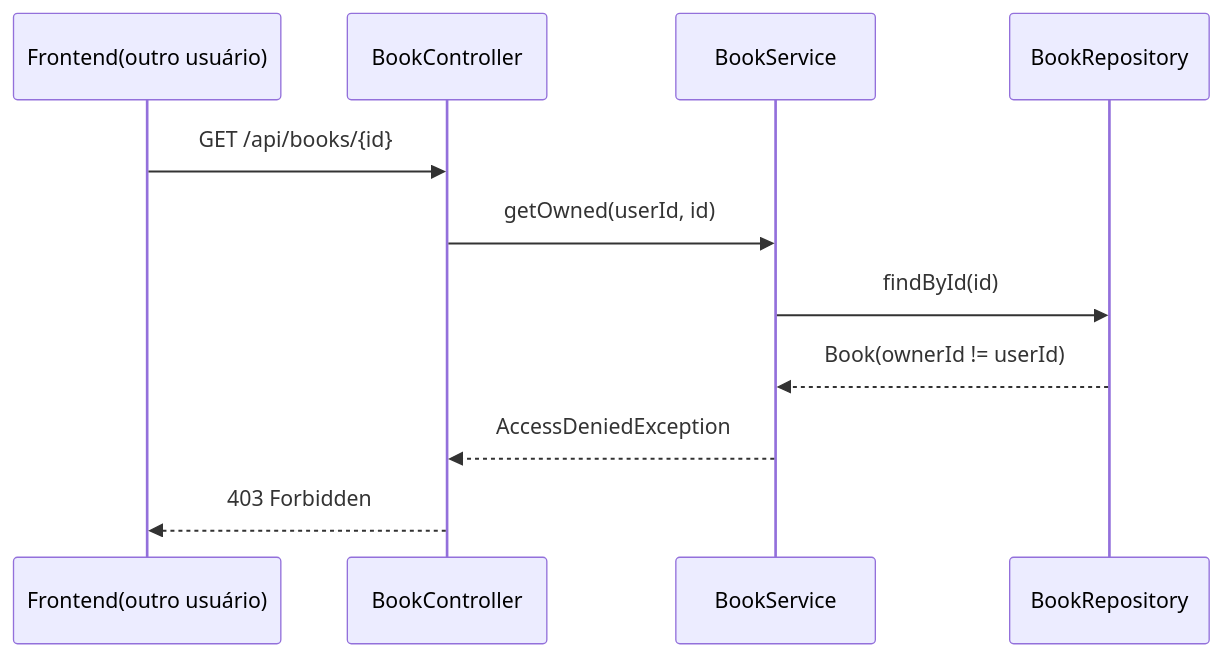
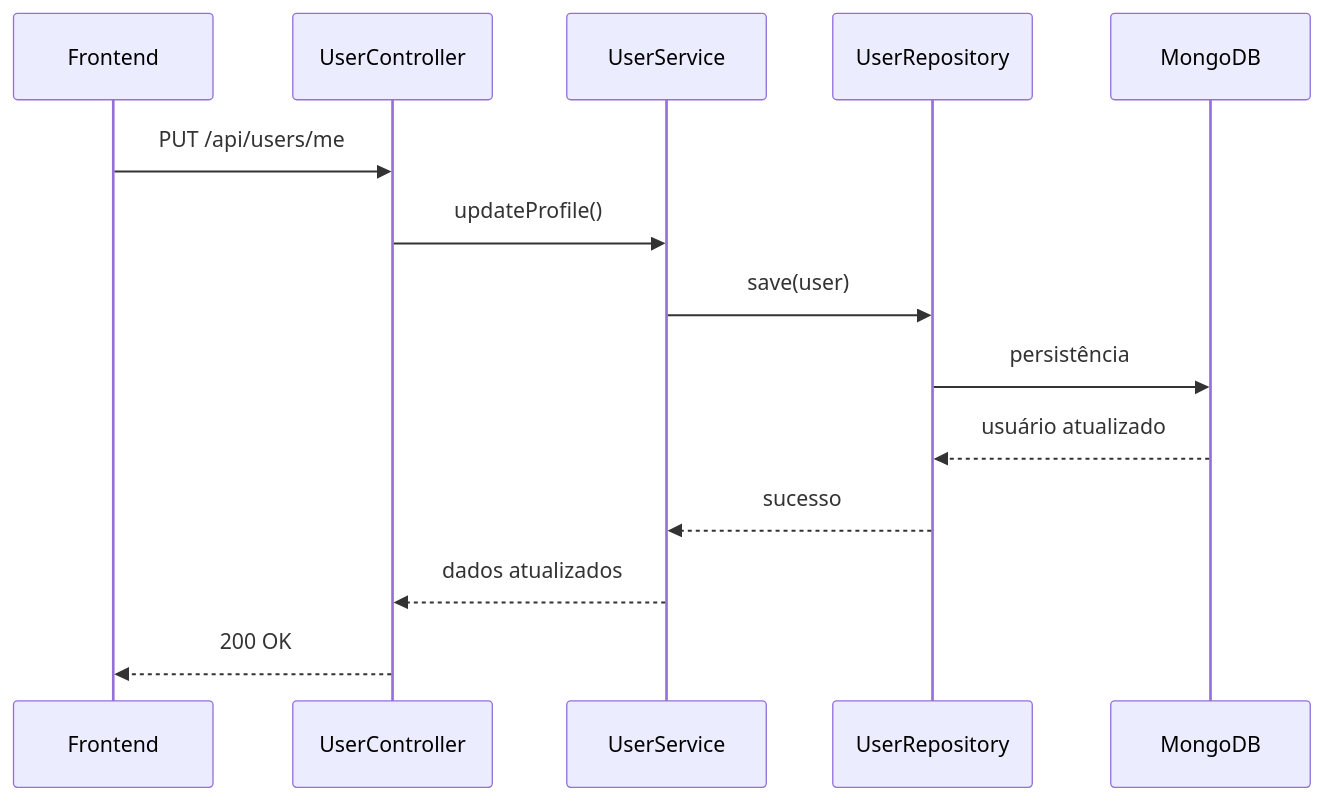
Before and after one commit to LetterBook4/LetterBook: diagram 11 of 11 in RTM.md, drawn with Mermaid. The commit also changed other lines of this file, not shown here.

Commit message:
docs: adiciona diagramas UML faltantes

````diff
--- a/RTM.md
+++ b/RTM.md
@@ -101,14 +164,17 @@
 ```mermaid
 sequenceDiagram
-  participant F as Frontend(outro usuário)
-  participant BC as BookController
-  participant BS as BookService
-  participant BR as BookRepository
+  participant F as Frontend
+  participant UC as UserController
+  participant US as UserService
+  participant UR as UserRepository
+  participant M as MongoDB
 
-  F->>BC: GET /api/books/{id}
-  BC->>BS: getOwned(userId, id)
-  BS->>BR: findById(id)
-  BR-->>BS: Book(ownerId != userId)
-  BS-->>BC: AccessDeniedException
-  BC-->>F: 403 Forbidden
+  F->>UC: PUT /api/users/me
+  UC->>US: updateProfile()
+  US->>UR: save(user)
+  UR->>M: persistência
+  M-->>UR: usuário atualizado
+  UR-->>US: sucesso
+  US-->>UC: dados atualizados
+  UC-->>F: 200 OK
 ```
````
